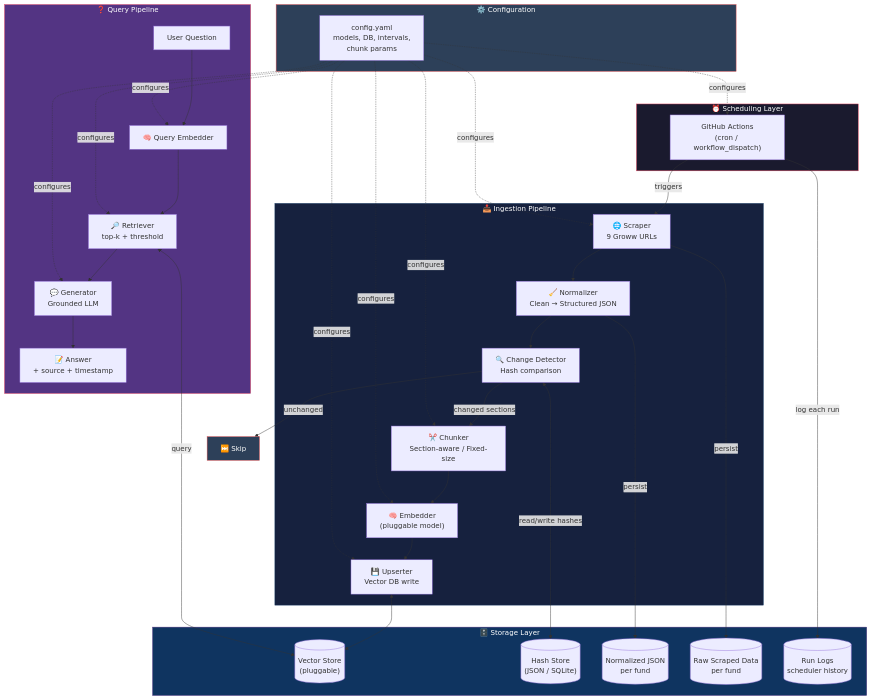
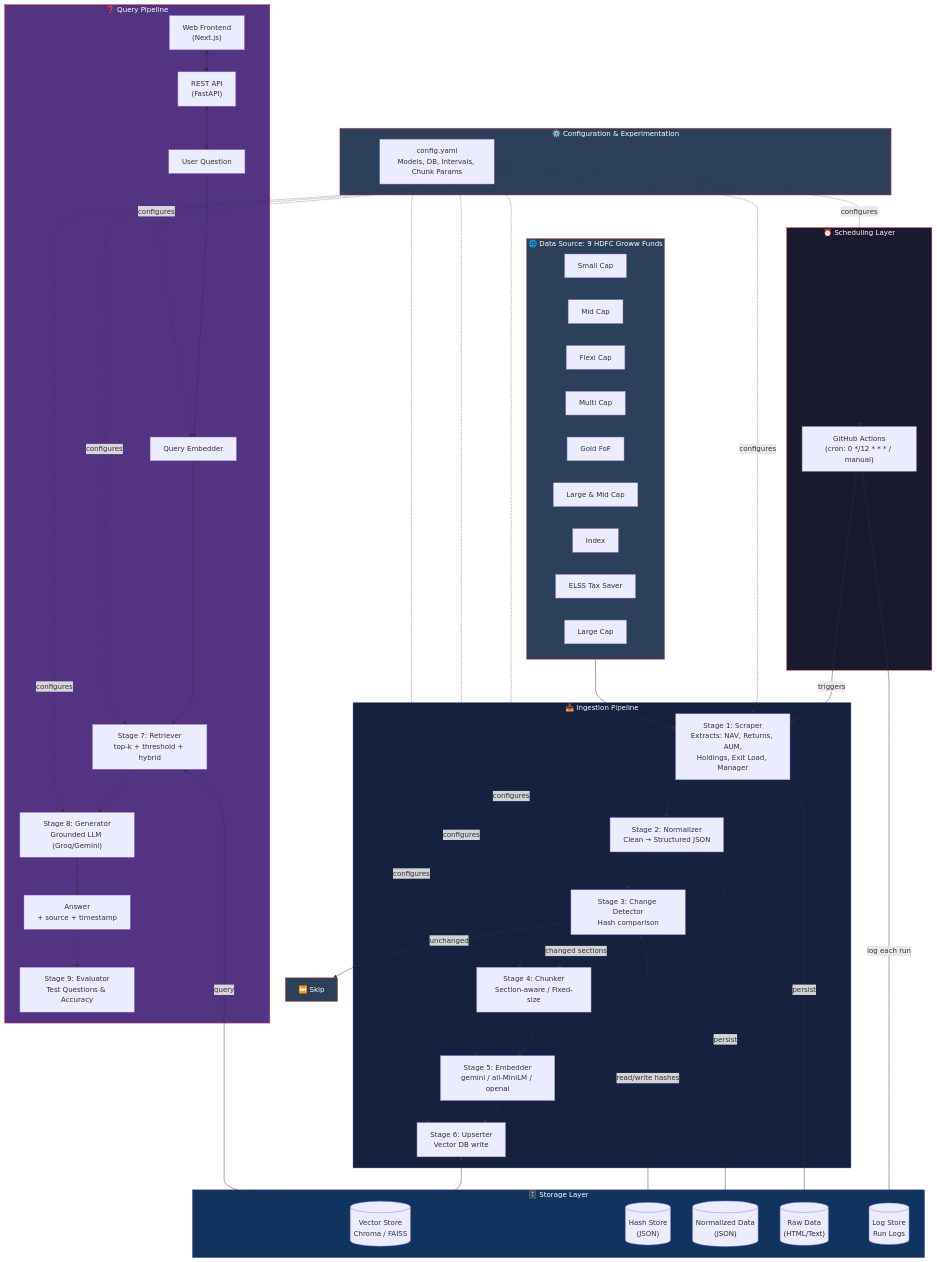
Before and after one commit to Pranjalian/RAG_UC: the first of 9 diagrams in docs/Architecture.md, drawn with Mermaid. The commit also changed other lines of this file and 2 other files, not shown here.

Commit message:
docs: update architecture and implementation plan with Web UI details and refined architecture diagram

````diff
--- a/docs/Architecture.md
+++ b/docs/Architecture.md
@@ -63,38 +65,54 @@
 ```mermaid
 graph TB
     subgraph Scheduling["⏰ Scheduling Layer"]
-        SCHED["GitHub Actions<br/>(cron / workflow_dispatch)"]
+        SCHED["GitHub Actions<br/>(cron: 0 */12 * * * / manual)"]
+    end
+
+    subgraph DataSources["🌐 Data Source: 9 HDFC Groww Funds"]
+        F1["Small Cap"]
+        F2["Mid Cap"]
+        F3["Flexi Cap"]
+        F4["Multi Cap"]
+        F5["Gold FoF"]
+        F6["Large & Mid Cap"]
+        F7["Index"]
+        F8["ELSS Tax Saver"]
+        F9["Large Cap"]
     end
 
     subgraph Ingestion["📥 Ingestion Pipeline"]
-        SCRAPE["🌐 Scraper<br/>9 Groww URLs"]
-        NORM["🧹 Normalizer<br/>Clean → Structured JSON"]
-        CD["🔍 Change Detector<br/>Hash comparison"]
-        CHUNK["✂️ Chunker<br/>Section-aware / Fixed-size"]
-        EMBED_I["🧠 Embedder<br/>(pluggable model)"]
-        UPSERT["💾 Upserter<br/>Vector DB write"]
+        SCRAPE["Stage 1: Scraper<br/>Extracts: NAV, Returns, AUM,<br/>Holdings, Exit Load, Manager"]
+        NORM["Stage 2: Normalizer<br/>Clean → Structured JSON"]
+        CD["Stage 3: Change Detector<br/>Hash comparison"]
+        CHUNK["Stage 4: Chunker<br/>Section-aware / Fixed-size"]
+        EMBED_I["Stage 5: Embedder<br/>gemini / all-MiniLM / openai"]
+        UPSERT["Stage 6: Upserter<br/>Vector DB write"]
     end
 
     subgraph Storage["🗄️ Storage Layer"]
-        VSTORE[("Vector Store<br/>(pluggable)")]
-        HASHDB[("Hash Store<br/>(JSON / SQLite)")]
-        RAWJSON[("Normalized JSON<br/>per fund")]
-        RAWDATA[("Raw Scraped Data<br/>per fund")]
-        LOGS[("Run Logs<br/>scheduler history")]
+        VSTORE[("Vector Store<br/>Chroma / FAISS")]
+        HASHDB[("Hash Store<br/>(JSON)")]
+        RAWJSON[("Normalized Data<br/>(JSON)")]
+        RAWDATA[("Raw Data<br/>(HTML/Text)")]
+        LOGS[("Log Store<br/>Run Logs")]
     end
 
     subgraph Query["❓ Query Pipeline"]
+        WEBUI["Web Frontend<br/>(Next.js)"]
+        API["REST API<br/>(FastAPI)"]
         INPUT["User Question"]
-        EMBED_Q["🧠 Query Embedder"]
-        RETRIEVE["🔎 Retriever<br/>top-k + threshold"]
-        GENERATE["💬 Generator<br/>Grounded LLM"]
-        RESPONSE["📝 Answer<br/>+ source + timestamp"]
+        EMBED_Q["Query Embedder"]
+        RETRIEVE["Stage 7: Retriever<br/>top-k + threshold + hybrid"]
+        GENERATE["Stage 8: Generator<br/>Grounded LLM (Groq/Gemini)"]
+        RESPONSE["Answer<br/>+ source + timestamp"]
+        EVAL["Stage 9: Evaluator<br/>Test Questions & Accuracy"]
     end
 
-    subgraph Config["⚙️ Configuration"]
-        CONF["config.yaml<br/>models, DB, intervals,<br/>chunk params"]
+    subgraph Config["⚙️ Configuration & Experimentation"]
+        CONF["config.yaml<br/>Models, DB, Intervals, Chunk Params"]
     end
 
+    DataSources --> SCRAPE
     SCHED -->|triggers| SCRAPE
     SCRAPE --> NORM --> CD
     CD -->|changed sections| CHUNK
@@ -105,9 +123,12 @@
     CHUNK --> EMBED_I --> UPSERT
     UPSERT <--> VSTORE
 
+    WEBUI <--> API
+    API <--> INPUT
     INPUT --> EMBED_Q --> RETRIEVE
     RETRIEVE <-->|query| VSTORE
     RETRIEVE --> GENERATE --> RESPONSE
+    RESPONSE -.-> EVAL
 
     CONF -.->|configures| SCHED
     CONF -.->|configures| SCRAPE
@@ -125,5 +146,6 @@
     style Storage fill:#0f3460,stroke:#533483,color:#fff
     style Query fill:#533483,stroke:#e94560,color:#fff
     style Config fill:#2d4059,stroke:#ea5455,color:#fff
+    style DataSources fill:#2d4059,stroke:#e94560,color:#fff
     style SKIP fill:#2d4059,stroke:#ea5455,color:#fff
 ```
````
